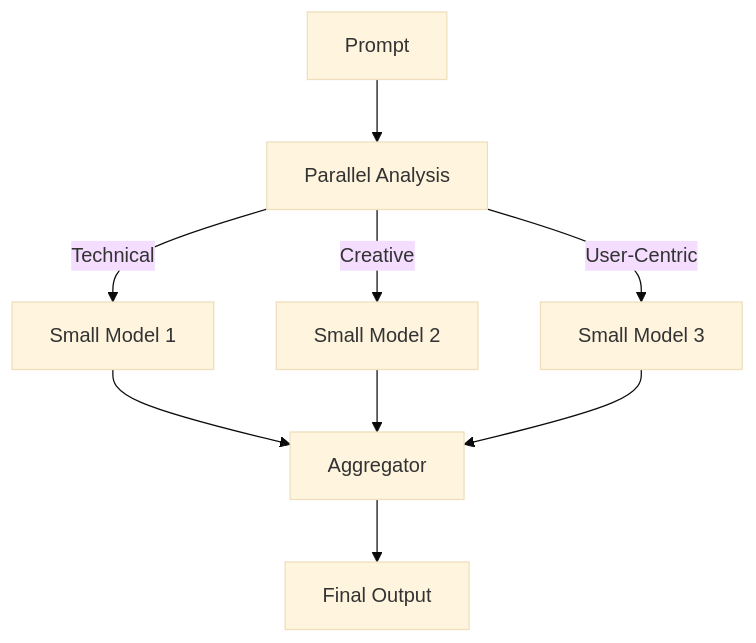
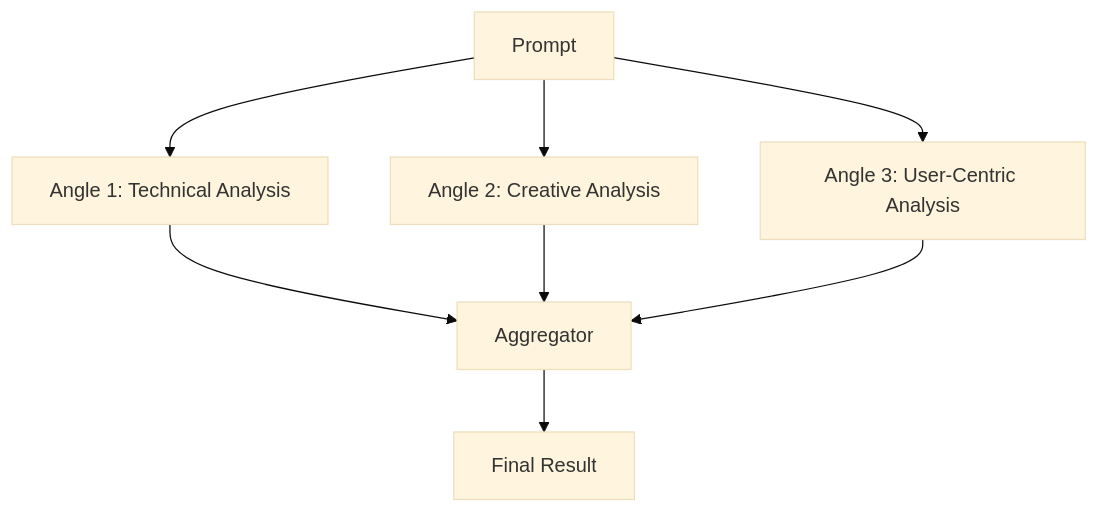
One commit to reeawnc/cloudflare changed the second of 2 diagrams in apps/parallelisation/README.md. Above: the diagram before and after it, drawn with Mermaid (base theme). The commit also changed other lines of this file and 18 other files, not shown here.

````diff
--- a/apps/parallelisation/README.md
+++ b/apps/parallelisation/README.md
@@ -87,11 +58,10 @@
 ```mermaid
 graph TD;
-    A[Prompt] --> B[Parallel Analysis]
-    B -->|Technical| C[Small Model 1]
-    B -->|Creative| D[Small Model 2]
-    B -->|User-Centric| E[Small Model 3]
-    C --> F[Aggregator]
-    D --> F
-    E --> F
-    F --> G[Final Output]
+    A[Prompt] --> B[Angle 1: Technical Analysis]
+    A --> C[Angle 2: Creative Analysis]
+    A --> D[Angle 3: User-Centric Analysis]
+    B --> E[Aggregator]
+    C --> E
+    D --> E
+    E --> F[Final Result]
 ```
````
